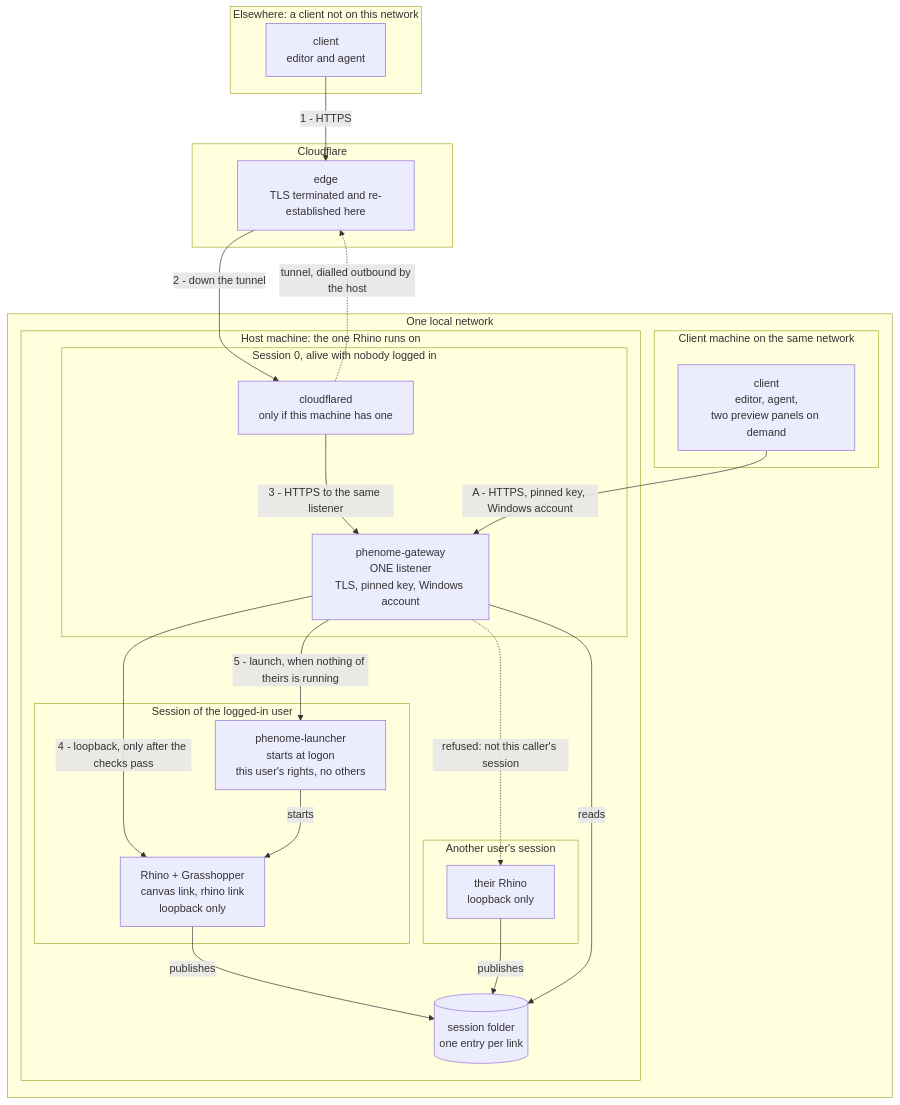
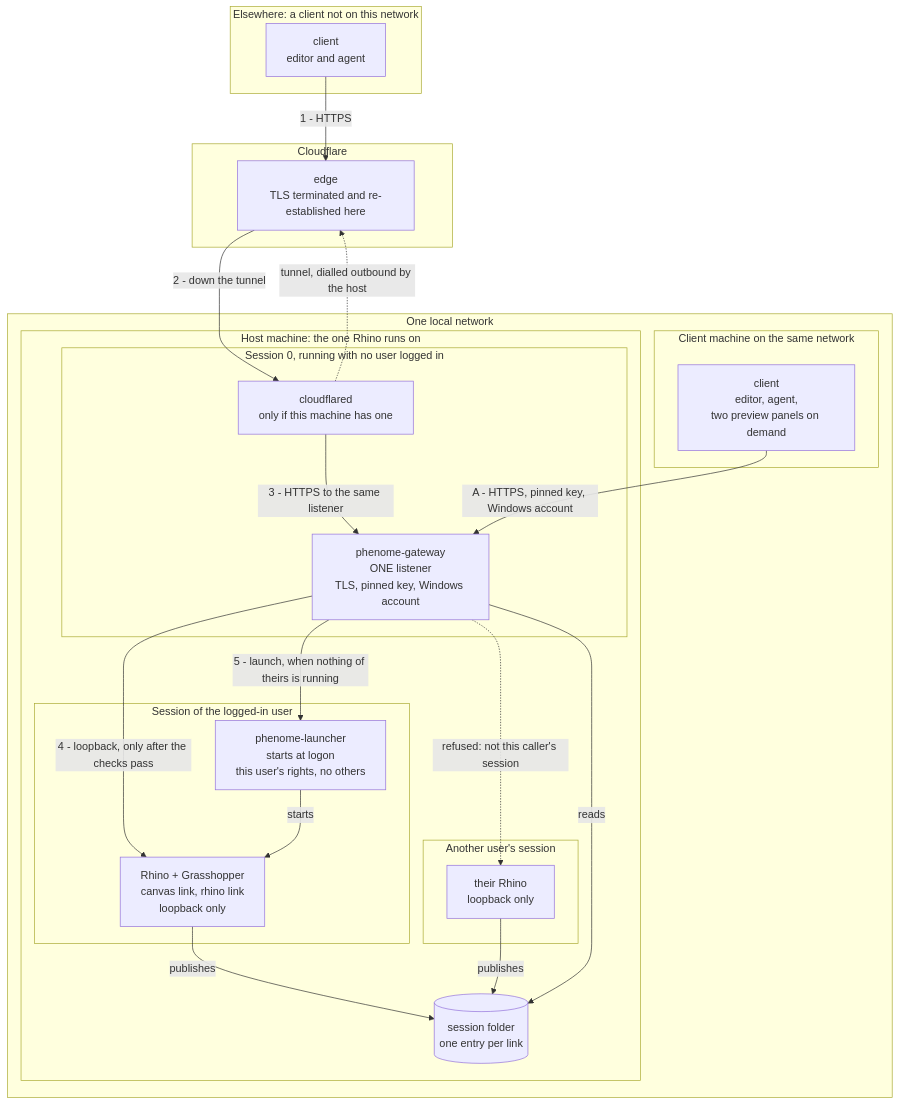
Before and after one commit to theObjectCo/Phenome: the third of 5 diagrams in docs/link-over-the-network.md, drawn with Mermaid. The commit also changed other lines of this file and 61 other files, not shown here.

````diff
--- a/docs/link-over-the-network.md
+++ b/docs/link-over-the-network.md
@@ -121,50 +125,50 @@
 ```mermaid
 flowchart TB
     subgraph far["Elsewhere: a client not on this network"]
         rc["client<br/>editor and agent"]
     end
 
     subgraph cfz["Cloudflare"]
         edge["edge<br/>TLS terminated and re-established here"]
     end
 
     subgraph lan["One local network"]
         subgraph lanbox["Client machine on the same network"]
             lc["client<br/>editor, agent,<br/>two preview panels on demand"]
         end
 
         subgraph host["Host machine: the one Rhino runs on"]
-            subgraph s0["Session 0, alive with nobody logged in"]
+            subgraph s0["Session 0, running with no user logged in"]
                 cfd["cloudflared<br/>only if this machine has one"]
                 gw["phenome-gateway<br/>ONE listener<br/>TLS, pinned key, Windows account"]
             end
 
             subgraph inter["Session of the logged-in user"]
                 helper["phenome-launcher<br/>starts at logon<br/>this user's rights, no others"]
                 r1["Rhino + Grasshopper<br/>canvas link, rhino link<br/>loopback only"]
             end
 
             subgraph inter2["Another user's session"]
                 r2["their Rhino<br/>loopback only"]
             end
 
             folder[("session folder<br/>one entry per link")]
         end
     end
 
     rc -->|"1 - HTTPS"| edge
     cfd -.->|"tunnel, dialled outbound by the host"| edge
     edge -->|"2 - down the tunnel"| cfd
     cfd -->|"3 - HTTPS to the same listener"| gw
 
     lc -->|"A - HTTPS, pinned key, Windows account"| gw
 
     gw -->|"4 - loopback, only after the checks pass"| r1
     gw -->|"5 - launch, when nothing of theirs is running"| helper
     helper -->|"starts"| r1
     gw -. "refused: not this caller's session" .-> r2
 
     r1 -- publishes --> folder
     r2 -- publishes --> folder
     gw -- reads --> folder
 ```
````
